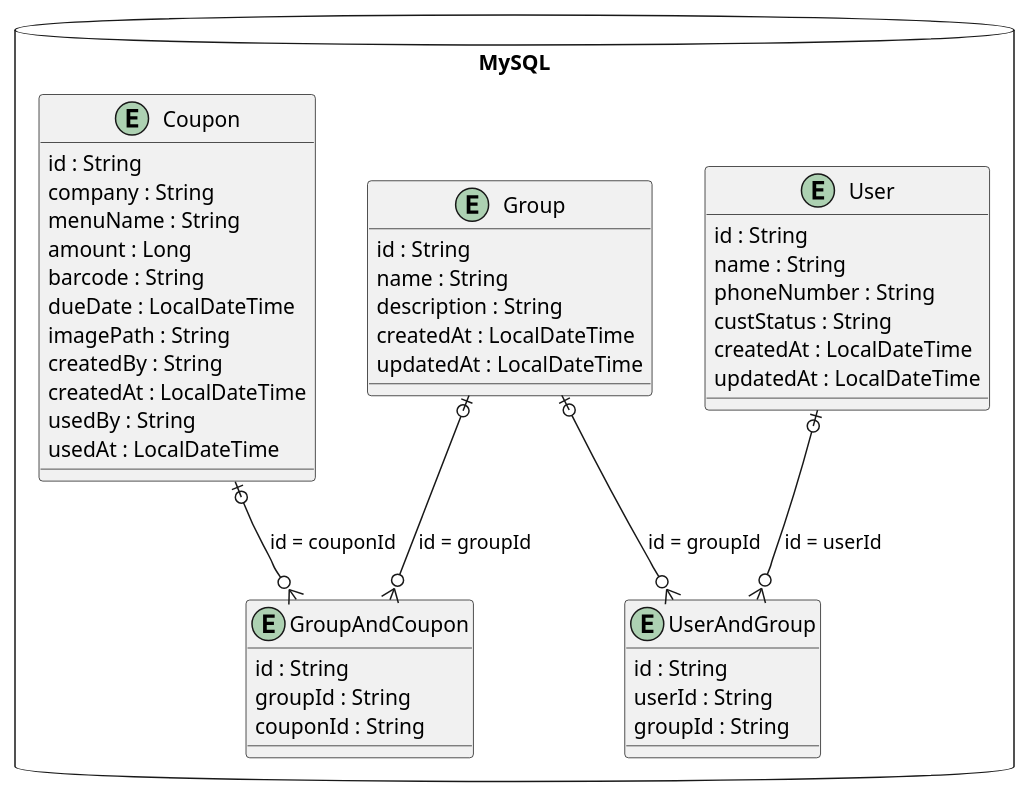
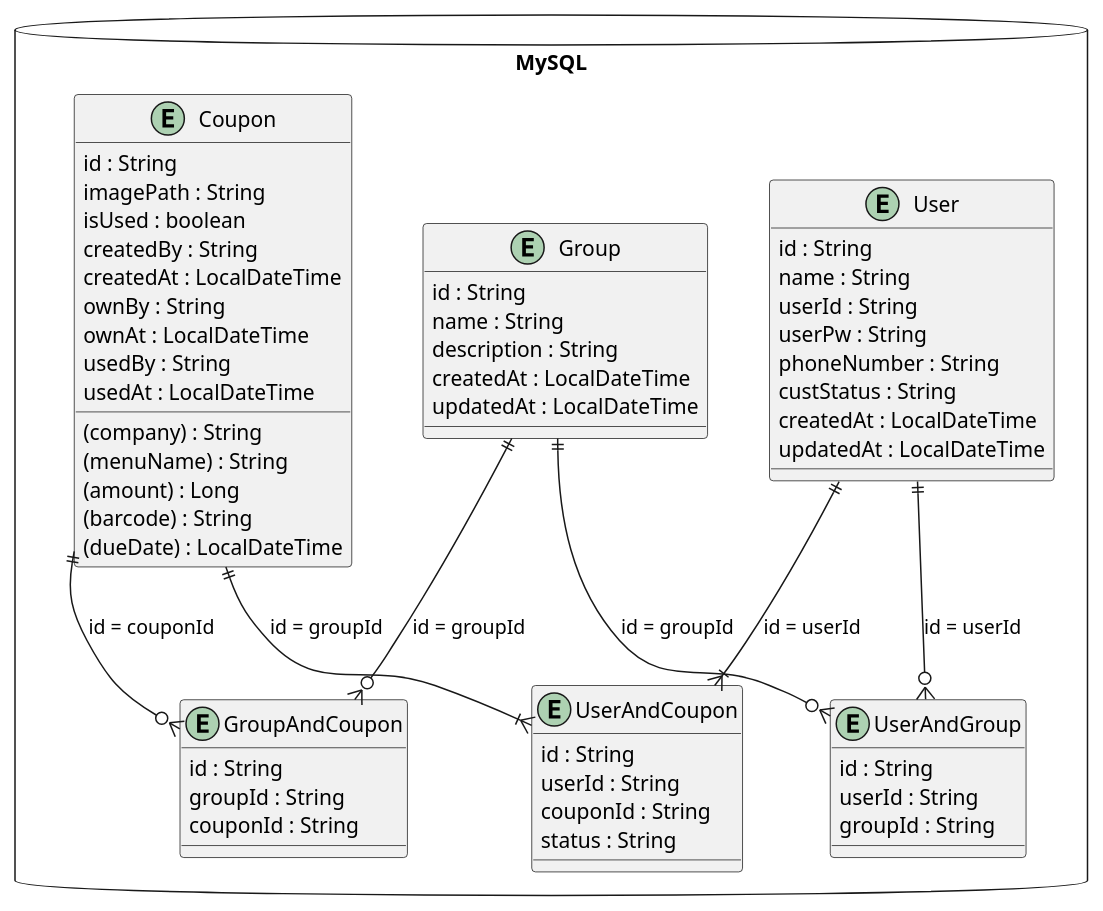
Before and after one commit to yesjehmi/coupon-service: the diagram in ERD.puml, drawn with PlantUML. The commit also changed 1 other file, not shown here.

```diff
--- a/ERD.puml
+++ b/ERD.puml
@@ -1,56 +1,71 @@
 @startuml
 'https://plantuml.com/class-diagram
 
 
 database MySQL{
     entity User {
         id : String
         name : String
+        userId : String
+        userPw : String
         phoneNumber : String
         custStatus : String
         createdAt : LocalDateTime
         updatedAt : LocalDateTime
     }
 
     entity Group {
         id : String
         name : String
         description : String
         createdAt : LocalDateTime
         updatedAt : LocalDateTime
     }
 
     entity Coupon {
         id : String
-        company : String
-        menuName : String
-        amount : Long
-        barcode : String
-        dueDate : LocalDateTime
+        (company) : String
+        (menuName) : String
+        (amount) : Long
+        (barcode) : String
+        (dueDate) : LocalDateTime
         imagePath : String
+        isUsed : boolean
         createdBy : String
         createdAt : LocalDateTime
+        ownBy : String
+        ownAt : LocalDateTime
         usedBy : String
         usedAt : LocalDateTime
     }
 
     entity UserAndGroup {
         id : String
         userId : String
         groupId : String
     }
 
     entity GroupAndCoupon {
         id : String
         groupId : String
         couponId : String
     }
+
+    entity UserAndCoupon {
+        id : String
+        userId : String
+        couponId : String
+        status : String
+    }
 }
 
-Group |o--o{ GroupAndCoupon : id = groupId
-Coupon |o--o{ GroupAndCoupon : id = couponId
-User |o--o{ UserAndGroup : id = userId
-Group |o--o{ UserAndGroup : id = groupId
+Group ||--o{ GroupAndCoupon : id = groupId
+Coupon ||--o{ GroupAndCoupon : id = couponId
+User ||--o{ UserAndGroup : id = userId
+Group ||--o{ UserAndGroup : id = groupId
+
+User ||--|{ UserAndCoupon : id = userId
+Coupon ||--|{ UserAndCoupon : id = groupId
 
 
 @enduml
```
